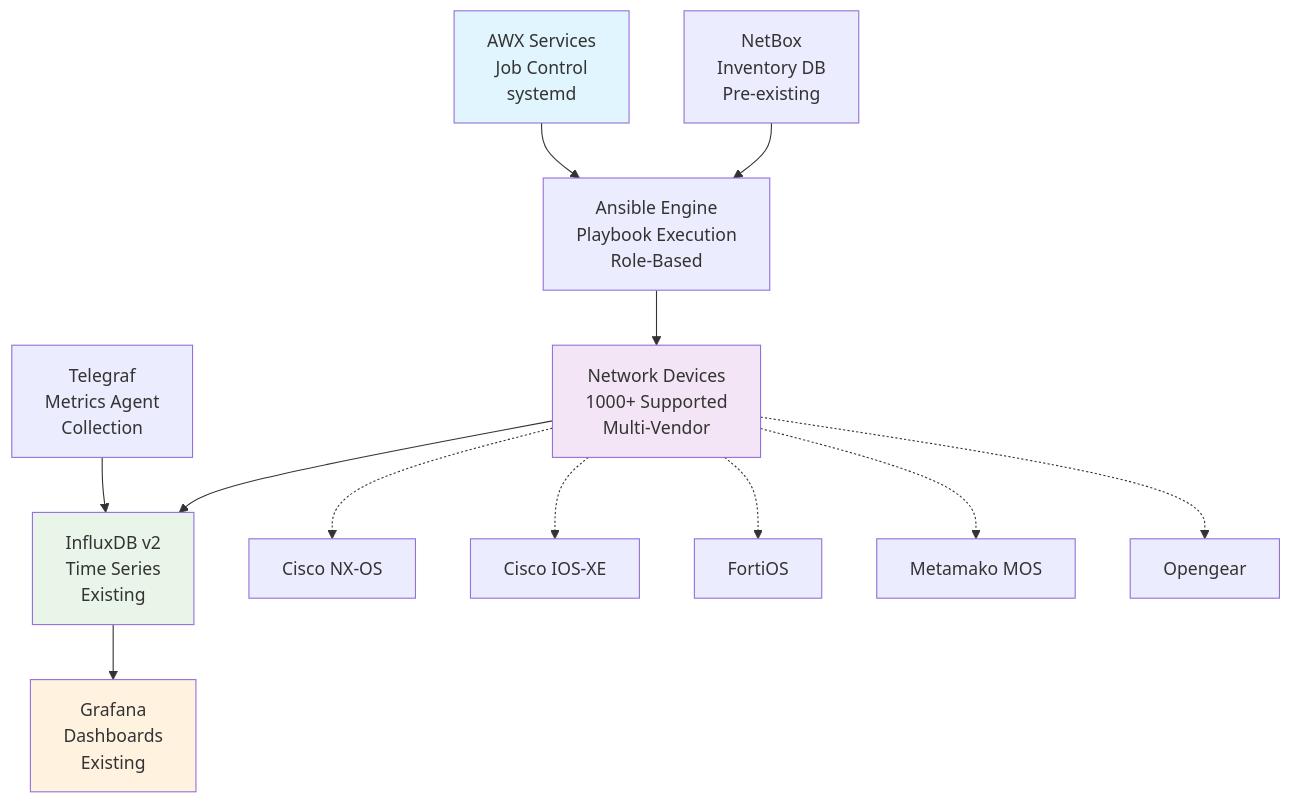
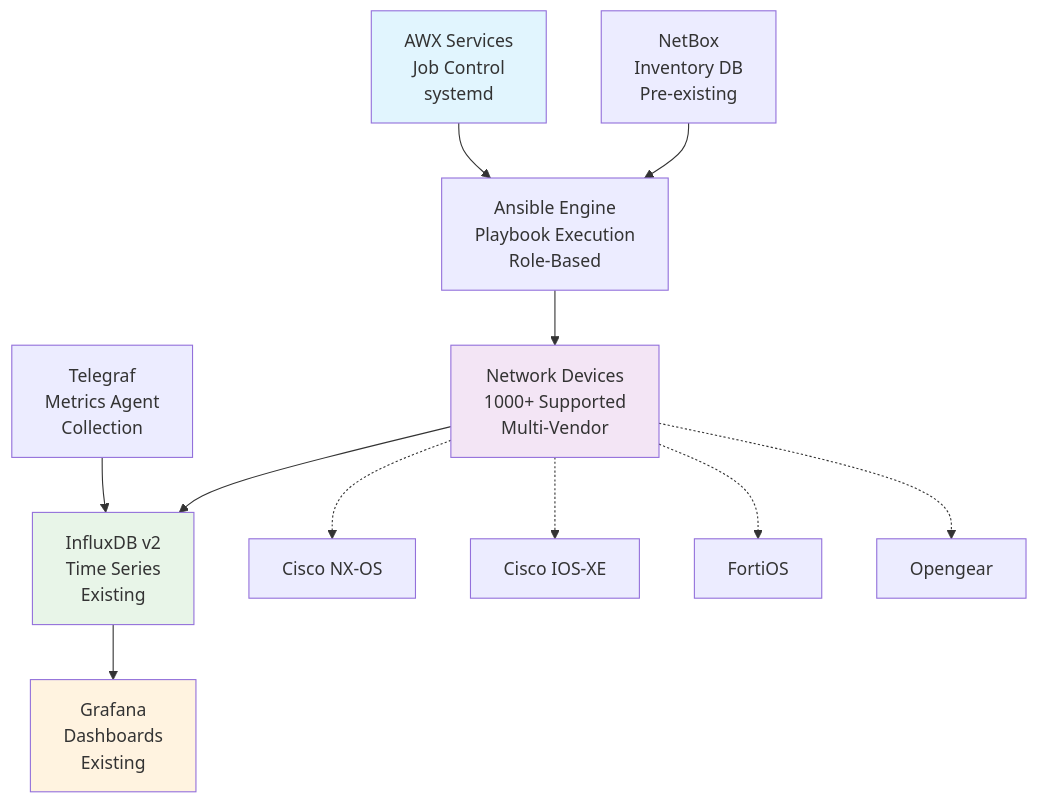
Before and after one commit to garryshtern/network-device-upgrade-system: the first of 2 diagrams in README.md, drawn with Mermaid. The commit also changed other lines of this file and 40 other files, not shown here.

````diff
--- a/README.md
+++ b/README.md
@@ -197,22 +196,21 @@
 ```mermaid
 graph TD
     A[AWX Services<br/>Job Control<br/>systemd] --> B[Ansible Engine<br/>Playbook Execution<br/>Role-Based]
     B --> C[Network Devices<br/>1000+ Supported<br/>Multi-Vendor]
     
     D[NetBox<br/>Inventory DB<br/>Pre-existing] --> B
     E[Telegraf<br/>Metrics Agent<br/>Collection] --> F[InfluxDB v2<br/>Time Series<br/>Existing]
     
     C --> F
     F --> H[Grafana<br/>Dashboards<br/>Existing]
     
     C -.-> I[Cisco NX-OS]
-    C -.-> J[Cisco IOS-XE]  
+    C -.-> J[Cisco IOS-XE]
     C -.-> K[FortiOS]
-    C -.-> L[Metamako MOS]
-    C -.-> M[Opengear]
+    C -.-> L[Opengear]
     
     style A fill:#e1f5fe
     style C fill:#f3e5f5
     style F fill:#e8f5e8
     style H fill:#fff3e0
 ```
````
